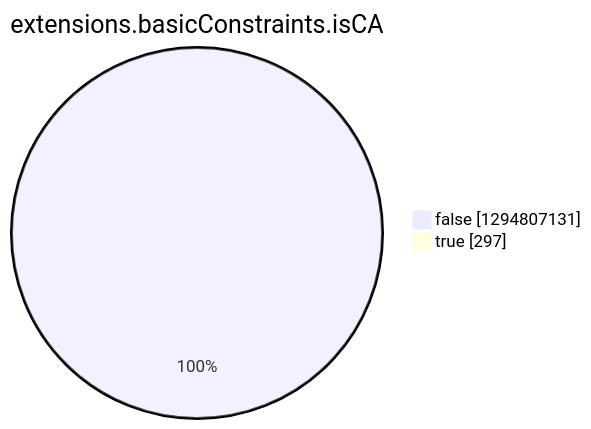
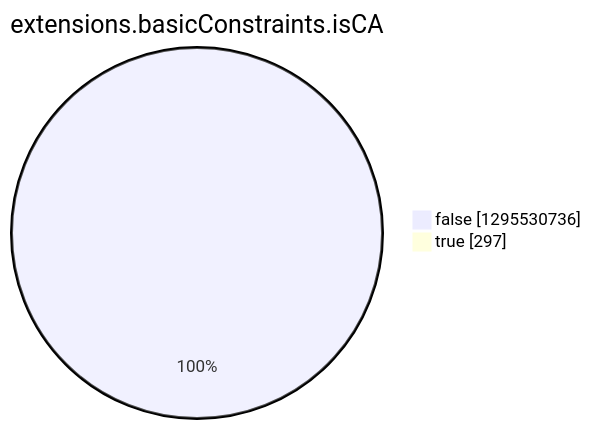
The eighth of 15 diagrams in argon2022/README.md (christiankrug/ctmonitor_visualization), drawn with Mermaid before and after one commit. The commit also changed other lines of this file, not shown here.

````diff
--- a/argon2022/README.md
+++ b/argon2022/README.md
@@ -2756,6 +2756,6 @@
 ```mermaid
 pie showData
 title extensions.basicConstraints.isCA
-"false" :1294807131
+"false" :1295530736
 "true" :297
 ```
````
